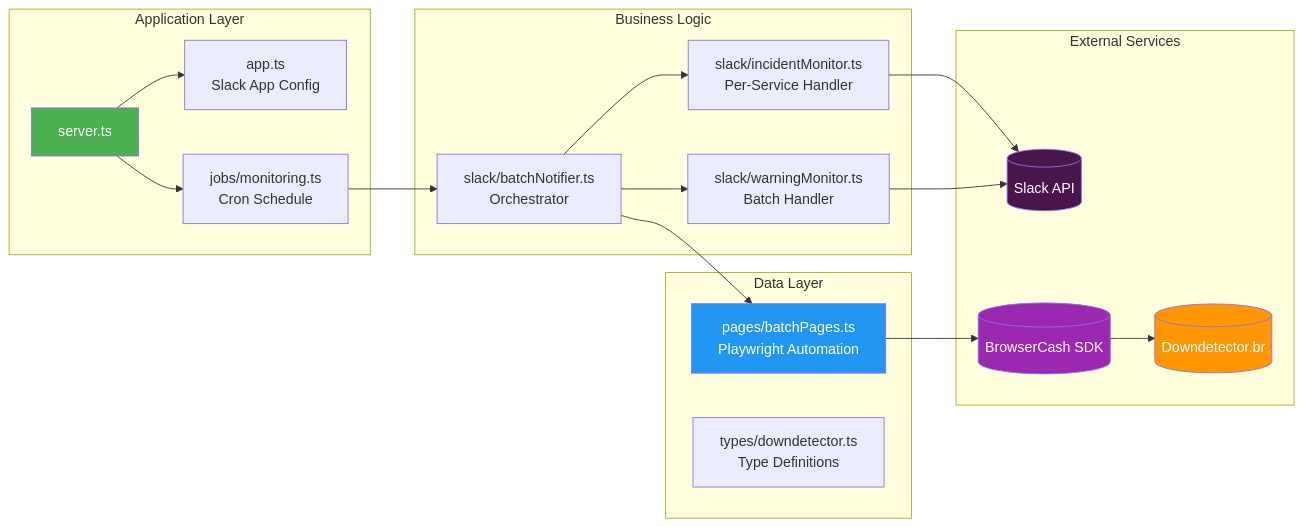
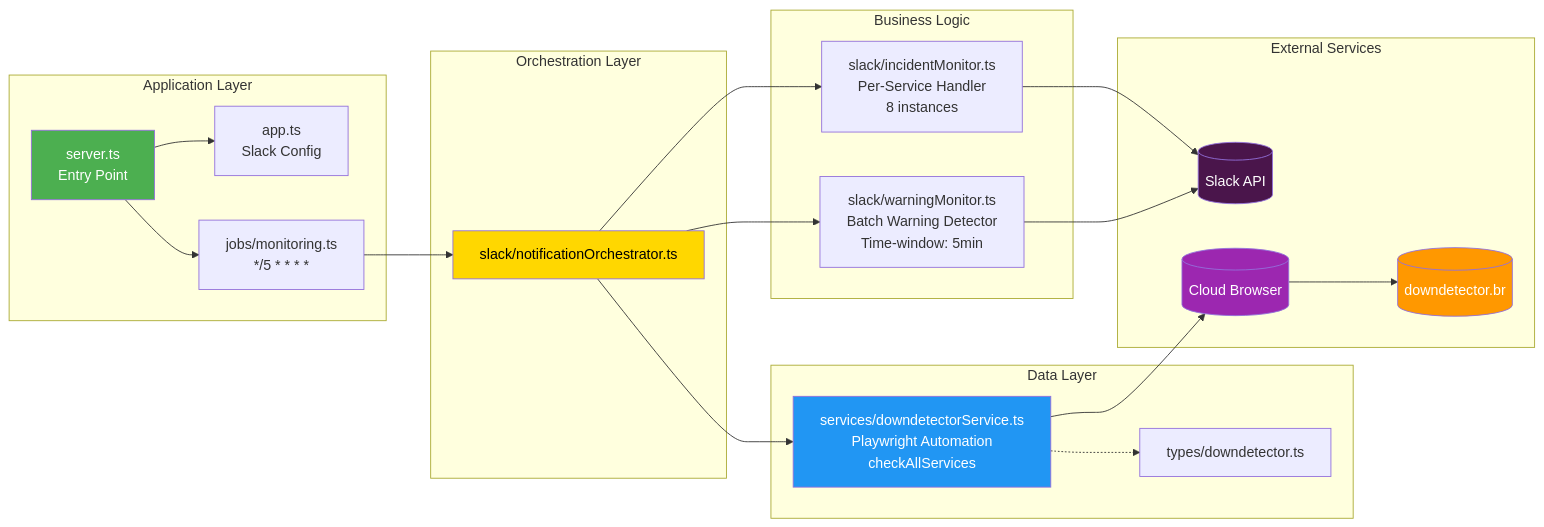
Before and after one commit to eduardotashiro/downdetector-slack: the second of 2 diagrams in README.md, drawn with Mermaid. The commit also changed other lines of this file and 4 other files, not shown here.

````diff
--- a/README.md
+++ b/README.md
@@ -107,42 +118,52 @@
 ```mermaid
 graph LR
     subgraph "Application Layer"
-        Server[server.ts]
-        App[app.ts<br/>Slack App Config]
-        Job[jobs/monitoring.ts<br/>Cron Schedule]
+        Server[server.ts<br/> Entry Point]
+        App[app.ts<br/> Slack Config]
+        Job[jobs/monitoring.ts<br/> */5 * * * *]
+    end
+    
+    subgraph "Orchestration Layer"
+        Orchestrator[slack/notificationOrchestrator.ts]
     end
     
     subgraph "Business Logic"
-        Notifier[slack/batchNotifier.ts<br/>Orchestrator]
-        Incident[slack/incidentMonitor.ts<br/>Per-Service Handler]
-        Warning[slack/warningMonitor.ts<br/>Batch Handler]
+        Incident[slack/incidentMonitor.ts<br/>Per-Service Handler<br/>8 instances]
+        Warning[slack/warningMonitor.ts<br/>Batch Warning Detector<br/>Time-window: 5min]
     end
     
     subgraph "Data Layer"
-        Scraper[pages/batchPages.ts<br/>Playwright Automation]
-        Types[types/downdetector.ts<br/>Type Definitions]
+        Scraper[services/downdetectorService.ts<br/>Playwright Automation<br/>checkAllServices]
+        Types[types/downdetector.ts]
     end
     
     subgraph "External Services"
-        Downdetector[(Downdetector.br)]
-        Slack[(Slack API)]
-        BrowserCash[(BrowserCash SDK)]
+        Downdetector[(downdetector.br)]
+        Slack[( Slack API)]
+        BrowserCash[(Cloud Browser)]
     end
     
     Server --> Job
     Server --> App
-    Job --> Notifier
-    Notifier --> Incident
-    Notifier --> Warning
-    Notifier --> Scraper
+    Job --> Orchestrator
+    
+    Orchestrator --> Scraper
+    Orchestrator --> Incident
+    Orchestrator --> Warning
+    
     Scraper --> BrowserCash
     BrowserCash --> Downdetector
+    
     Incident --> Slack
     Warning --> Slack
     
+    Scraper -.-> Types
+   
+    
     style Server fill:#4CAF50,color:#fff
+    style Orchestrator fill:#FFD700,color:#000
     style Scraper fill:#2196F3,color:#fff
     style Downdetector fill:#FF9800,color:#fff
     style Slack fill:#4A154B,color:#fff
     style BrowserCash fill:#9C27B0,color:#fff
 ```
````
